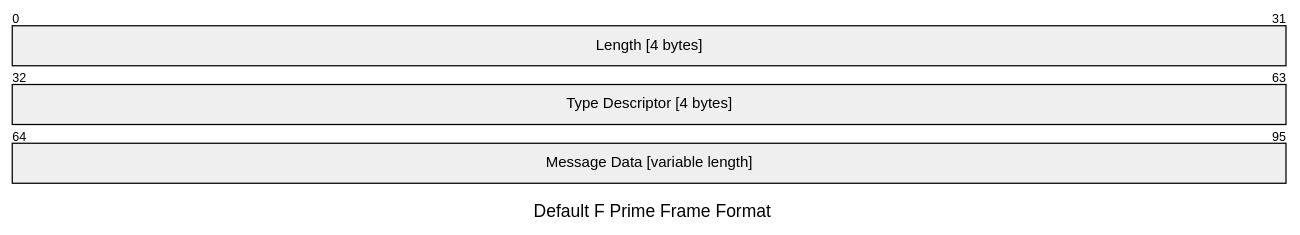
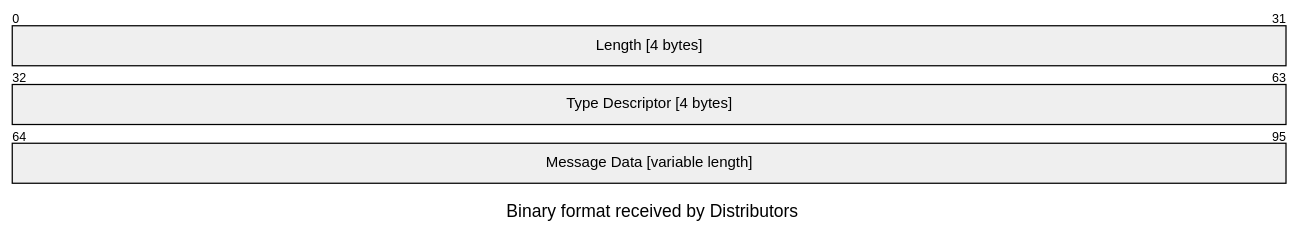
One commit to nasa/fprime-gds changed the diagram in README.md. Above: the diagram before and after it, drawn with Mermaid.

````diff
--- a/README.md
+++ b/README.md
@@ -73,9 +73,9 @@
 ```mermaid
 ---
-title: "Default F Prime Frame Format"
+title: "Binary format received by Distributors"
 ---
 packet-beta
   0-31: "Length [4 bytes]"
   32-63: "Type Descriptor [4 bytes]"
   64-95: "Message Data [variable length]"
 ```
````
